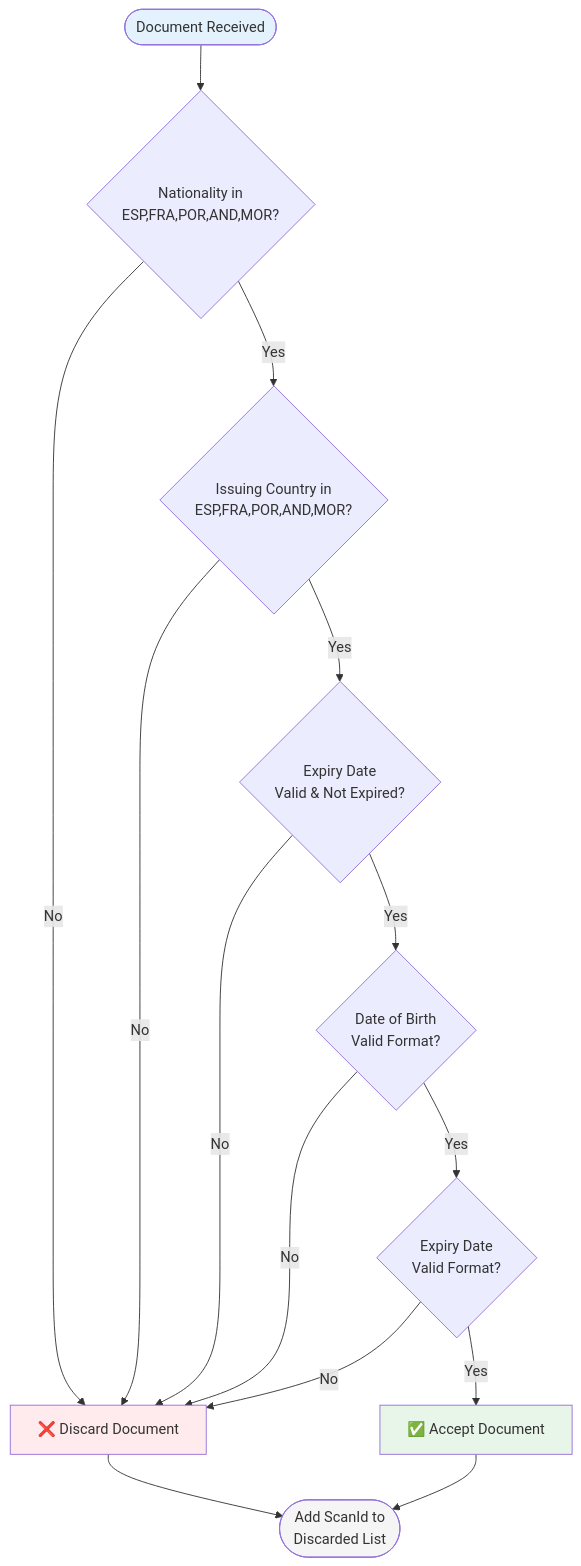
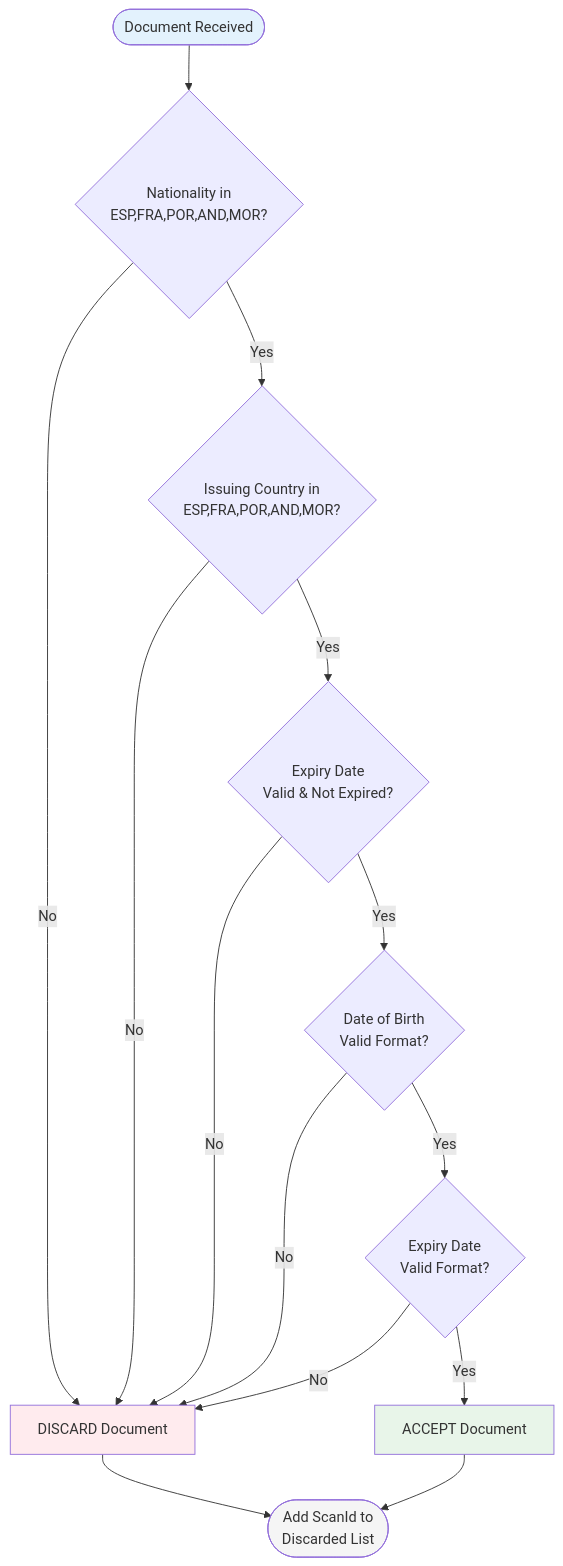
One commit to celbianpe-spec/DocScanFilter changed the third of 3 diagrams in README.md. Above: the diagram before and after it, drawn with Mermaid.

Commit message:
Improve accessibility by replacing emojis with text labels

````diff
--- a/README.md
+++ b/README.md
@@ -94,26 +94,26 @@
 ```mermaid
 flowchart TD
     Start([Document Received]) --> CheckNationality{Nationality in<br/>ESP,FRA,POR,AND,MOR?}
-    CheckNationality -->|No| Discard[❌ Discard Document]
+    CheckNationality -->|No| Discard["DISCARD Document"]
     CheckNationality -->|Yes| CheckCountry{Issuing Country in<br/>ESP,FRA,POR,AND,MOR?}
     
     CheckCountry -->|No| Discard
     CheckCountry -->|Yes| CheckExpiry{Expiry Date<br/>Valid & Not Expired?}
     
     CheckExpiry -->|No| Discard
     CheckExpiry -->|Yes| CheckDOB{Date of Birth<br/>Valid Format?}
     
     CheckDOB -->|No| Discard
     CheckDOB -->|Yes| CheckExpiryFormat{Expiry Date<br/>Valid Format?}
     
     CheckExpiryFormat -->|No| Discard
-    CheckExpiryFormat -->|Yes| Accept[✅ Accept Document]
+    CheckExpiryFormat -->|Yes| Accept["ACCEPT Document"]
     
     Discard --> End([Add ScanId to<br/>Discarded List])
     Accept --> End
     
     style Start fill:#e3f2fd
     style Discard fill:#ffebee
     style Accept fill:#e8f5e9
     style End fill:#f5f5f5
 ```
````
